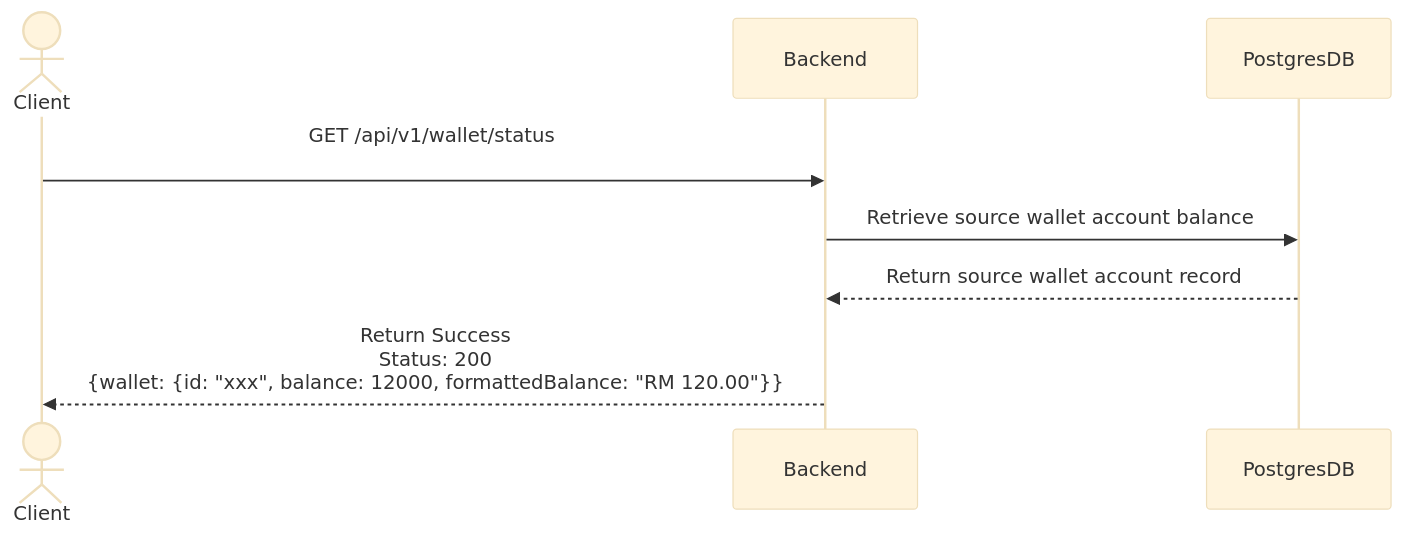
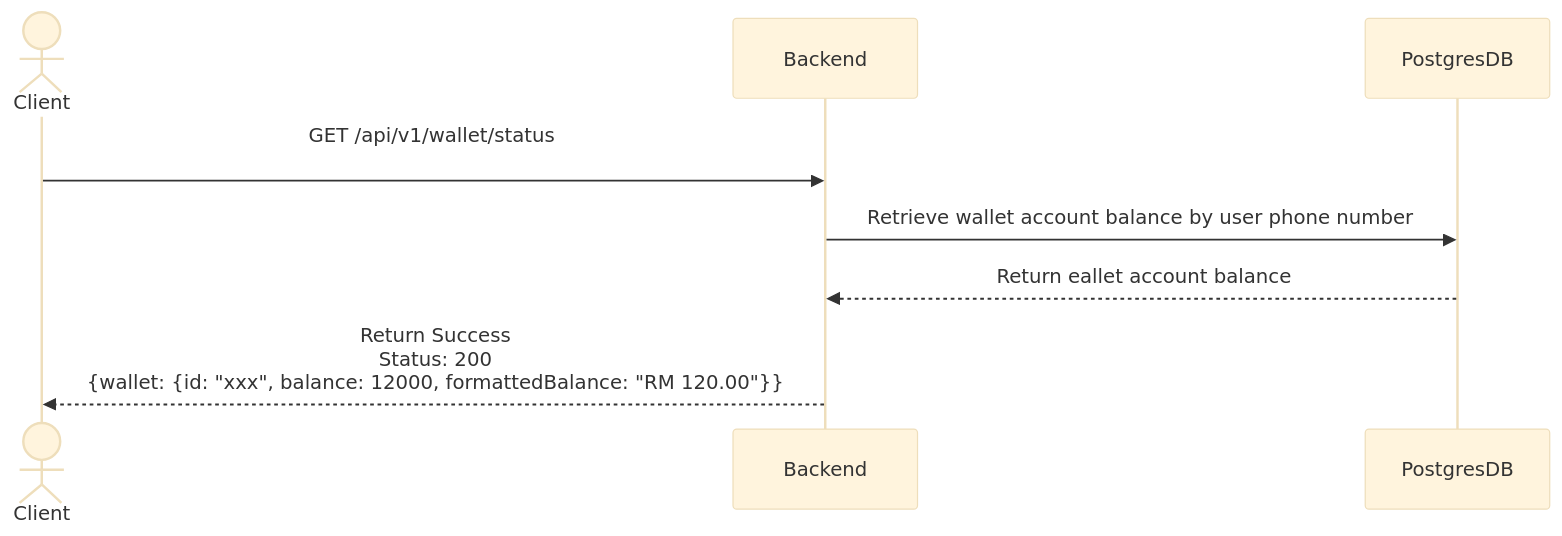
Before and after one commit to leeliwei930/walletassignment: the first of 2 diagrams in docs/scenarios/view_authenticated_user_wallet_status.md, drawn with Mermaid (base theme). The commit also changed other lines of this file and 6 other files, not shown here.

Commit message:
Update authentication method in README and scenarios to use X-PHONE-NUMBER header; add OpenAPI documentation for wallet API endpoints and scenarios for deposit, withdrawal, and transfer operations.

````diff
--- a/docs/scenarios/view_authenticated_user_wallet_status.md
+++ b/docs/scenarios/view_authenticated_user_wallet_status.md
@@ -3,11 +3,11 @@
 ```mermaid
 sequenceDiagram
     actor Client
     participant Backend
     participant PostgresDB
 
     Client->>Backend: GET /api/v1/wallet/status<br/>
-    Backend->>PostgresDB: Retrieve source wallet account balance
-    PostgresDB-->>Backend: Return source wallet account record
+    Backend->>PostgresDB: Retrieve wallet account balance by user phone number
+    PostgresDB-->>Backend: Return eallet account balance
     Backend-->>Client: Return Success<br/>Status: 200<br/>{wallet: {id: "xxx", balance: 12000, formattedBalance: "RM 120.00"}}
 ```
````
